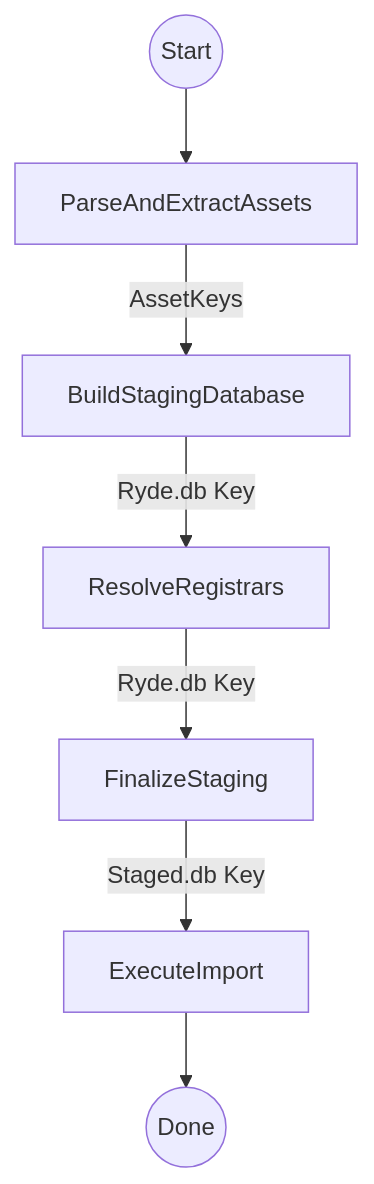
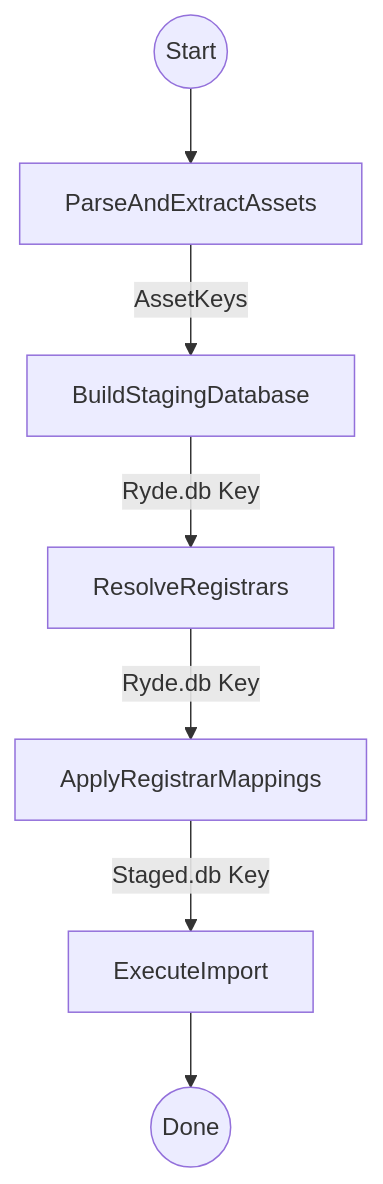
One commit to onasunnymorning/domain-os changed the diagram in docs/escrow_imports_walkthrough.md. Above: the diagram before and after it, drawn with Mermaid. The commit also changed other lines of this file and 145 other files, not shown here.

````diff
--- a/docs/escrow_imports_walkthrough.md
+++ b/docs/escrow_imports_walkthrough.md
@@ -9,9 +9,9 @@
 ```mermaid
 flowchart TB
     Start((Start)) --> A[ParseAndExtractAssets]
     A -->|AssetKeys| B[BuildStagingDatabase]
     B -->|Ryde.db Key| C[ResolveRegistrars]
-    C -->|Ryde.db Key| D[FinalizeStaging]
+    C -->|Ryde.db Key| D[ApplyRegistrarMappings]
     D -->|Staged.db Key| E[ExecuteImport]
     E --> End((Done))
 ```
````
